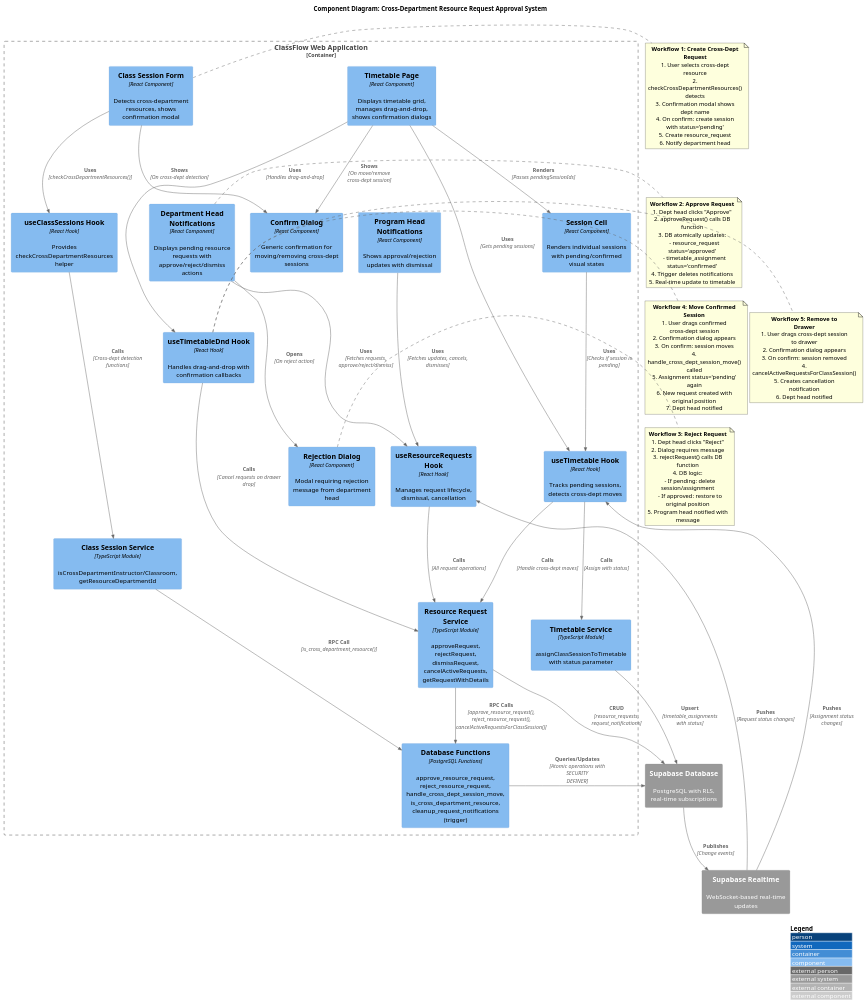
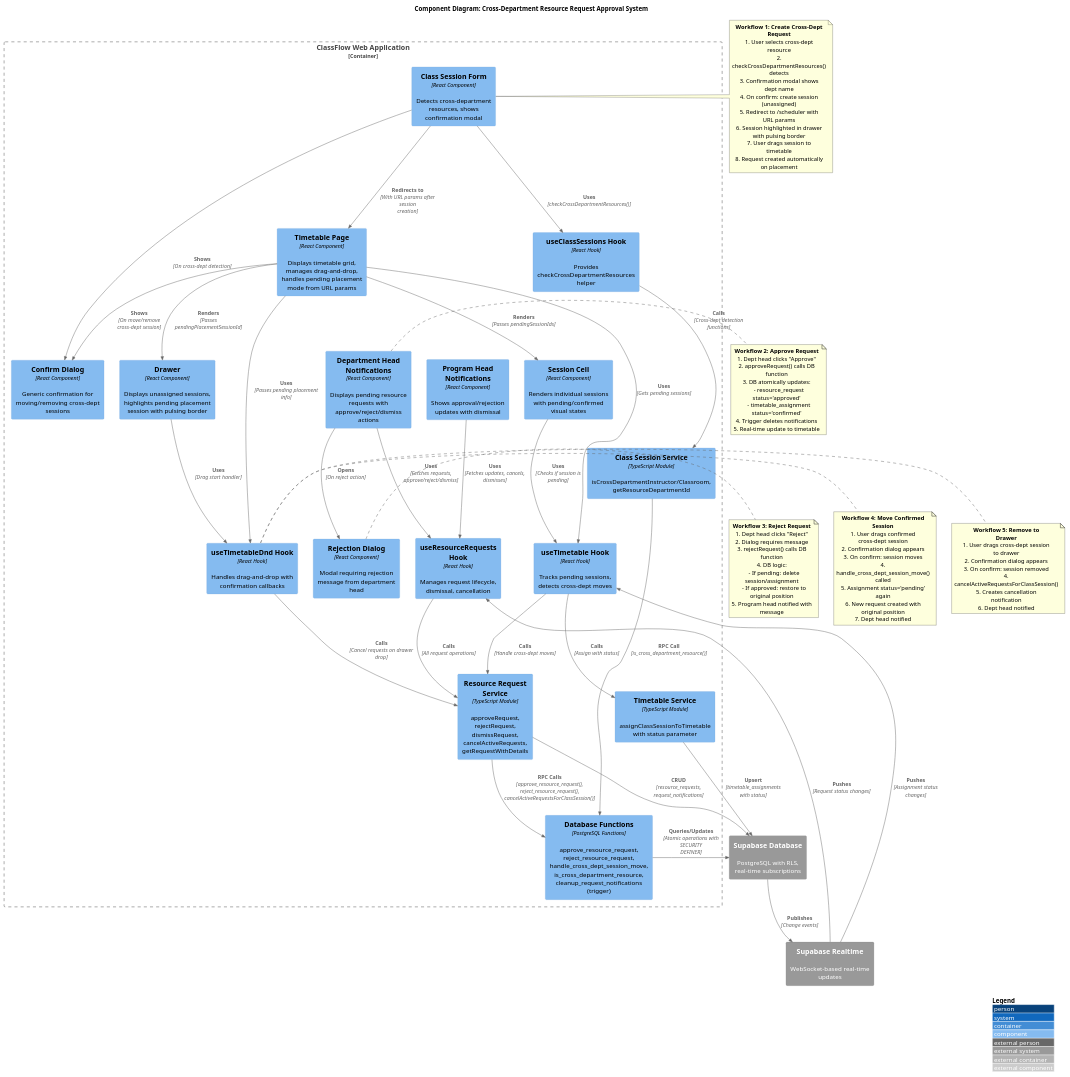
The diagram in docs/c4-diagrams/c3-cross-dept-request-approval.puml (Wence024/ClassFlow), drawn with PlantUML before and after one commit. The commit also changed 7 other files, not shown here.

First line of the commit message:
refactor(cross-dept): :recycle: Integrate request creation into main timetable via drag-and-drop

```diff
--- a/docs/c4-diagrams/c3-cross-dept-request-approval.puml
+++ b/docs/c4-diagrams/c3-cross-dept-request-approval.puml
@@ -1,126 +1,132 @@
 @startuml Cross-Department Resource Request Approval - Component Diagram
 !include https://raw.githubusercontent.com/plantuml-stdlib/C4-PlantUML/master/C4_Component.puml
 
 ' Diagram Metadata
 title Component Diagram: Cross-Department Resource Request Approval System
 LAYOUT_WITH_LEGEND()
 
 ' External Systems
 System_Ext(supabase_db, "Supabase Database", "PostgreSQL with RLS, real-time subscriptions")
 System_Ext(supabase_realtime, "Supabase Realtime", "WebSocket-based real-time updates")
 
 ' Main Container
 Container_Boundary(web_app, "ClassFlow Web Application") {
   
   ' UI Layer Components
   Component(class_session_form, "Class Session Form", "React Component", "Detects cross-department resources, shows confirmation modal")
-  Component(timetable_page, "Timetable Page", "React Component", "Displays timetable grid, manages drag-and-drop, shows confirmation dialogs")
+  Component(timetable_page, "Timetable Page", "React Component", "Displays timetable grid, manages drag-and-drop, handles pending placement mode from URL params")
+  Component(drawer, "Drawer", "React Component", "Displays unassigned sessions, highlights pending placement session with pulsing border")
   Component(session_cell, "Session Cell", "React Component", "Renders individual sessions with pending/confirmed visual states")
   Component(dept_head_notifications, "Department Head Notifications", "React Component", "Displays pending resource requests with approve/reject/dismiss actions")
   Component(prog_head_notifications, "Program Head Notifications", "React Component", "Shows approval/rejection updates with dismissal")
   Component(rejection_dialog, "Rejection Dialog", "React Component", "Modal requiring rejection message from department head")
   Component(confirm_dialog, "Confirm Dialog", "React Component", "Generic confirmation for moving/removing cross-dept sessions")
   
   ' Hook Layer Components
   Component(use_class_sessions, "useClassSessions Hook", "React Hook", "Provides checkCrossDepartmentResources helper")
   Component(use_resource_requests, "useResourceRequests Hook", "React Hook", "Manages request lifecycle, dismissal, cancellation")
   Component(use_timetable, "useTimetable Hook", "React Hook", "Tracks pending sessions, detects cross-dept moves")
   Component(use_timetable_dnd, "useTimetableDnd Hook", "React Hook", "Handles drag-and-drop with confirmation callbacks")
   
   ' Service Layer Components
   Component(class_session_service, "Class Session Service", "TypeScript Module", "isCrossDepartmentInstructor/Classroom, getResourceDepartmentId")
   Component(resource_request_service, "Resource Request Service", "TypeScript Module", "approveRequest, rejectRequest, dismissRequest, cancelActiveRequests, getRequestWithDetails")
   Component(timetable_service, "Timetable Service", "TypeScript Module", "assignClassSessionToTimetable with status parameter")
   
   ' Database Function Layer
   Component(db_functions, "Database Functions", "PostgreSQL Functions", "approve_resource_request, reject_resource_request, handle_cross_dept_session_move, is_cross_department_resource, cleanup_request_notifications (trigger)")
 }
 
 ' UI Layer Relationships
 Rel(class_session_form, use_class_sessions, "Uses", "checkCrossDepartmentResources()")
 Rel(class_session_form, confirm_dialog, "Shows", "On cross-dept detection")
+Rel(class_session_form, timetable_page, "Redirects to", "With URL params after session creation")
+Rel(timetable_page, drawer, "Renders", "Passes pendingPlacementSessionId")
 Rel(timetable_page, session_cell, "Renders", "Passes pendingSessionIds")
 Rel(timetable_page, use_timetable, "Uses", "Gets pending sessions")
-Rel(timetable_page, use_timetable_dnd, "Uses", "Handles drag-and-drop")
+Rel(timetable_page, use_timetable_dnd, "Uses", "Passes pending placement info")
 Rel(timetable_page, confirm_dialog, "Shows", "On move/remove cross-dept session")
+Rel(drawer, use_timetable_dnd, "Uses", "Drag start handler")
 Rel(session_cell, use_timetable, "Uses", "Checks if session is pending")
 Rel(dept_head_notifications, use_resource_requests, "Uses", "Fetches requests, approve/reject/dismiss")
 Rel(dept_head_notifications, rejection_dialog, "Opens", "On reject action")
 Rel(prog_head_notifications, use_resource_requests, "Uses", "Fetches updates, cancels, dismisses")
 
 ' Hook to Service Relationships
 Rel(use_class_sessions, class_session_service, "Calls", "Cross-dept detection functions")
 Rel(use_resource_requests, resource_request_service, "Calls", "All request operations")
 Rel(use_timetable, timetable_service, "Calls", "Assign with status")
 Rel(use_timetable, resource_request_service, "Calls", "Handle cross-dept moves")
 Rel(use_timetable_dnd, resource_request_service, "Calls", "Cancel requests on drawer drop")
 
 ' Service to Database Relationships
 Rel(class_session_service, db_functions, "RPC Call", "is_cross_department_resource()")
 Rel(resource_request_service, db_functions, "RPC Calls", "approve_resource_request(), reject_resource_request(), cancelActiveRequestsForClassSession()")
 Rel(timetable_service, supabase_db, "Upsert", "timetable_assignments with status")
 Rel(resource_request_service, supabase_db, "CRUD", "resource_requests, request_notifications")
 
 ' Database to External System
 Rel(db_functions, supabase_db, "Queries/Updates", "Atomic operations with SECURITY DEFINER")
 Rel(supabase_db, supabase_realtime, "Publishes", "Change events")
 
 ' Real-time Subscriptions (bidirectional)
 Rel(supabase_realtime, use_resource_requests, "Pushes", "Request status changes")
 Rel(supabase_realtime, use_timetable, "Pushes", "Assignment status changes")
 
 ' Key Workflows Annotation
 note right of class_session_form
   **Workflow 1: Create Cross-Dept Request**
   1. User selects cross-dept resource
   2. checkCrossDepartmentResources() detects
   3. Confirmation modal shows dept name
-  4. On confirm: create session with status='pending'
-  5. Create resource_request
-  6. Notify department head
+  4. On confirm: create session (unassigned)
+  5. Redirect to /scheduler with URL params
+  6. Session highlighted in drawer with pulsing border
+  7. User drags session to timetable
+  8. Request created automatically on placement
 end note
 
 note right of dept_head_notifications
   **Workflow 2: Approve Request**
   1. Dept head clicks "Approve"
   2. approveRequest() calls DB function
   3. DB atomically updates:
      - resource_request status='approved'
      - timetable_assignment status='confirmed'
   4. Trigger deletes notifications
   5. Real-time update to timetable
 end note
 
 note right of rejection_dialog
   **Workflow 3: Reject Request**
   1. Dept head clicks "Reject"
   2. Dialog requires message
   3. rejectRequest() calls DB function
   4. DB logic:
      - If pending: delete session/assignment
      - If approved: restore to original position
   5. Program head notified with message
 end note
 
 note right of use_timetable_dnd
   **Workflow 4: Move Confirmed Session**
   1. User drags confirmed cross-dept session
   2. Confirmation dialog appears
   3. On confirm: session moves
   4. handle_cross_dept_session_move() called
   5. Assignment status='pending' again
   6. New request created with original position
   7. Dept head notified
 end note
 
 note right of use_timetable_dnd
   **Workflow 5: Remove to Drawer**
   1. User drags cross-dept session to drawer
   2. Confirmation dialog appears
   3. On confirm: session removed
   4. cancelActiveRequestsForClassSession()
   5. Creates cancellation notification
   6. Dept head notified
 end note
 
 @enduml
```
